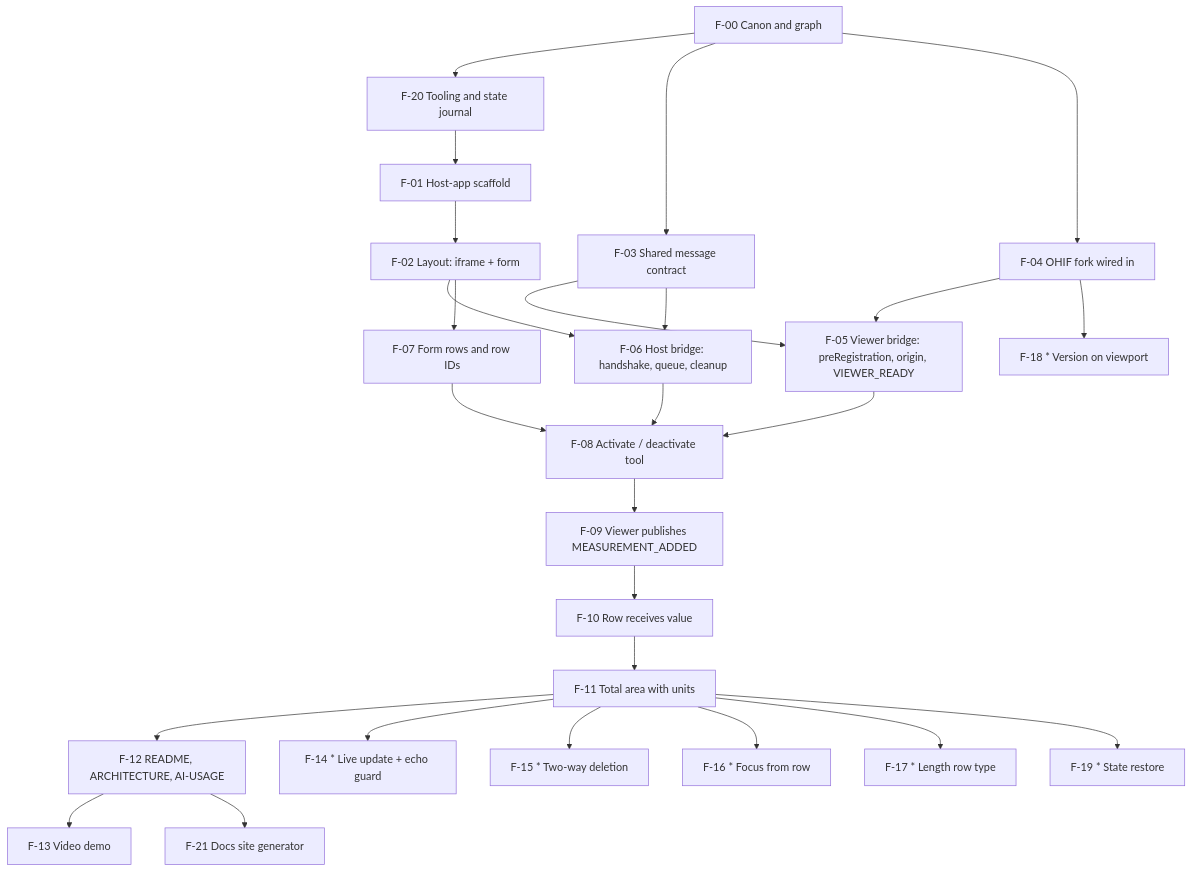
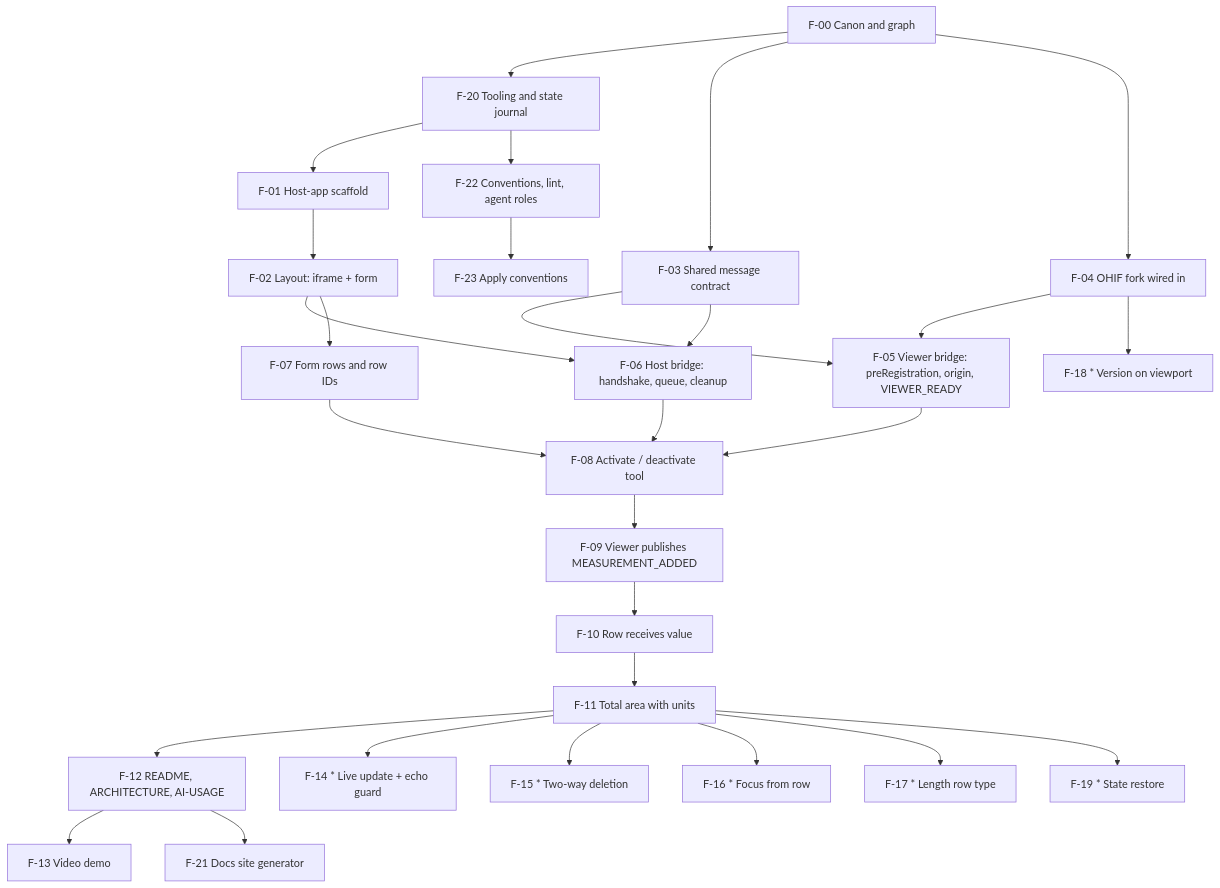
Before and after one commit to bdiadiun/artifact-synchronization: the diagram in docs/FEATURE-GRAPH.md, drawn with Mermaid. The commit also changed other lines of this file and 20 other files, not shown here.

First line of the commit message:
chore: conventions, lint and agent roles

````diff
--- a/docs/FEATURE-GRAPH.md
+++ b/docs/FEATURE-GRAPH.md
@@ -65,45 +67,48 @@
 ```mermaid
 graph TD
   F00[F-00 Canon and graph]
   F20[F-20 Tooling and state journal]
   F01[F-01 Host-app scaffold]
   F02[F-02 Layout: iframe + form]
   F03[F-03 Shared message contract]
   F04[F-04 OHIF fork wired in]
   F05[F-05 Viewer bridge: preRegistration, origin, VIEWER_READY]
   F06[F-06 Host bridge: handshake, queue, cleanup]
   F07[F-07 Form rows and row IDs]
   F08[F-08 Activate / deactivate tool]
   F09[F-09 Viewer publishes MEASUREMENT_ADDED]
   F10[F-10 Row receives value]
   F11[F-11 Total area with units]
   F12[F-12 README, ARCHITECTURE, AI-USAGE]
   F21[F-21 Docs site generator]
+  F22[F-22 Conventions, lint, agent roles]
+  F23[F-23 Apply conventions]
   F13[F-13 Video demo]
   F14[F-14 * Live update + echo guard]
   F15[F-15 * Two-way deletion]
   F16[F-16 * Focus from row]
   F17[F-17 * Length row type]
   F18[F-18 * Version on viewport]
   F19[F-19 * State restore]
 
   F00 --> F20 --> F01 --> F02
   F00 --> F03
   F00 --> F04
   F03 --> F05
   F04 --> F05
   F02 --> F06
   F03 --> F06
   F02 --> F07
   F05 --> F08
   F06 --> F08
   F07 --> F08
   F08 --> F09 --> F10 --> F11 --> F12 --> F13
   F12 --> F21
+  F20 --> F22 --> F23
   F11 --> F14
   F11 --> F15
   F11 --> F16
   F11 --> F17
   F04 --> F18
   F11 --> F19
 ```
````
